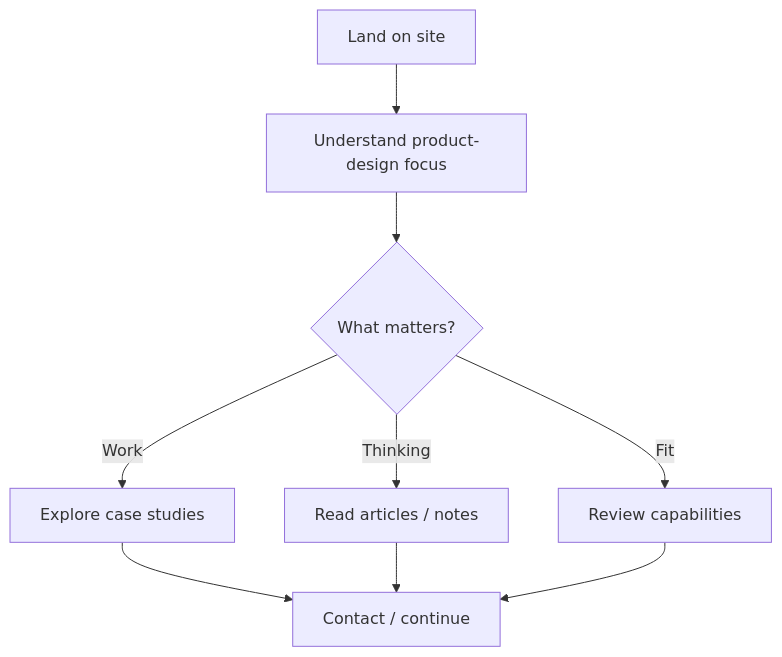
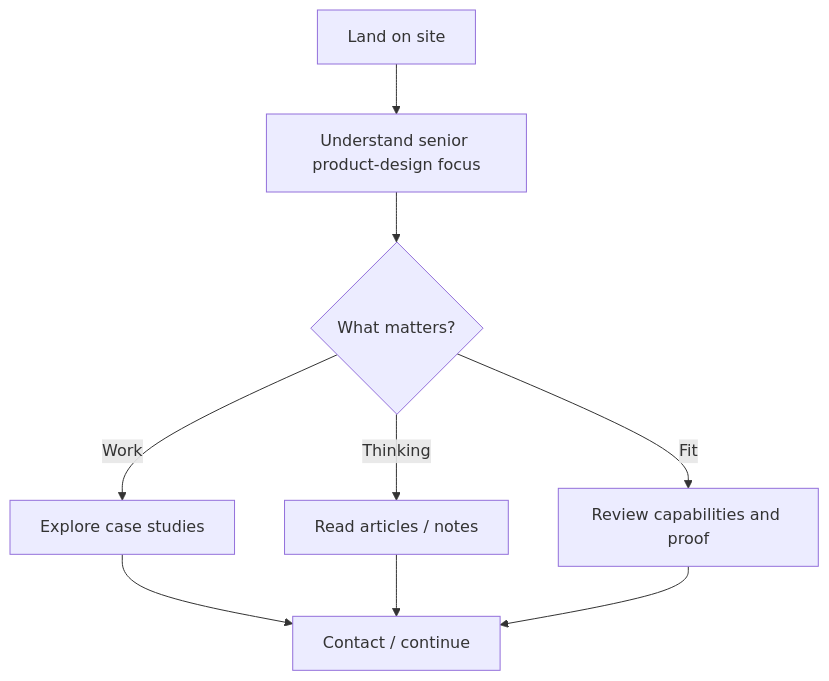
Before and after one commit to Nischhalsubba/nischhalsubba.com.np: the second of 3 diagrams in README.md, drawn with Mermaid. The commit also changed other lines of this file and 5 other files, not shown here.

````diff
--- a/README.md
+++ b/README.md
@@ -38,10 +51,10 @@
 ```mermaid
 flowchart TD
-    LAND["Land on site"] --> POSITION["Understand product-design focus"] --> CHOOSE{"What matters?"}
+    LAND["Land on site"] --> POSITION["Understand senior product-design focus"] --> CHOOSE{"What matters?"}
     CHOOSE -->|Work| CASE["Explore case studies"]
     CHOOSE -->|Thinking| BLOG["Read articles / notes"]
-    CHOOSE -->|Fit| ABOUT["Review capabilities"]
+    CHOOSE -->|Fit| ABOUT["Review capabilities and proof"]
     CASE --> CONTACT["Contact / continue"]
     BLOG --> CONTACT
     ABOUT --> CONTACT
 ```
````
